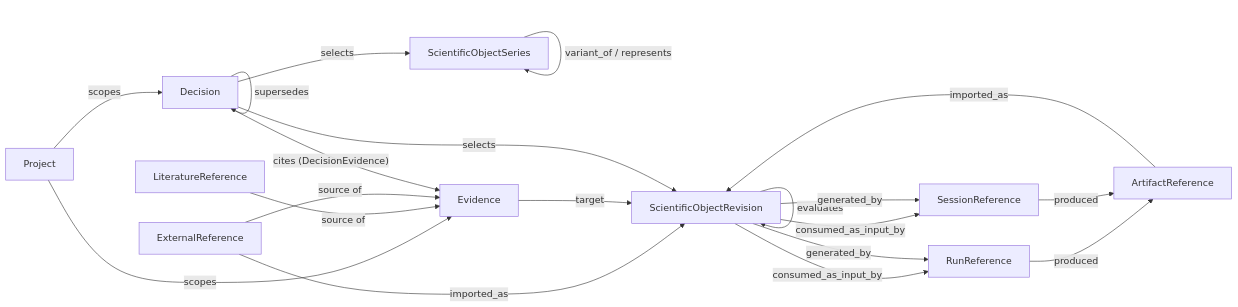
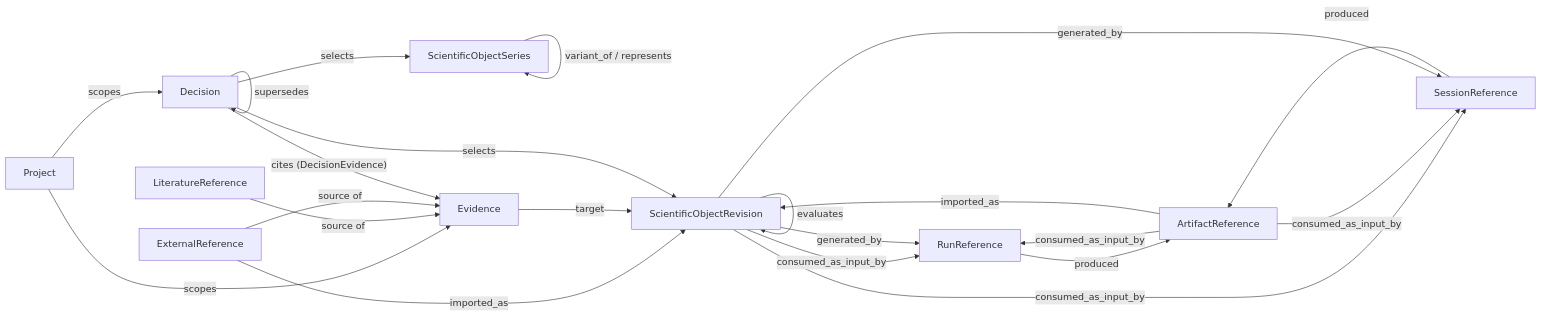
Before and after one commit to YaoYinYing/REvoLab: the third of 6 diagrams in docs/architecture/SYSTEM_ARCHITECTURE.md, drawn with Mermaid. The commit also changed other lines of this file and 10 other files, not shown here.

````diff
--- a/docs/architecture/SYSTEM_ARCHITECTURE.md
+++ b/docs/architecture/SYSTEM_ARCHITECTURE.md
@@ -183,34 +183,36 @@
 ```mermaid
 flowchart LR
     Proj["Project"]
     Ser["ScientificObjectSeries"]
     Rev["ScientificObjectRevision"]
     RunR["RunReference"]
     SesR["SessionReference"]
     ArtR["ArtifactReference"]
     LitR["LiteratureReference"]
     ExtR["ExternalReference"]
     Ev["Evidence"]
     Dec["Decision"]
 
     Proj -- scopes --> Dec
     Proj -- scopes --> Ev
     Ser -- variant_of / represents --> Ser
     Rev -- derived_from --> Rev
     Rev -- evaluates --> Rev
     Rev -- consumed_as_input_by --> RunR
     Rev -- consumed_as_input_by --> SesR
+    ArtR -- consumed_as_input_by --> RunR
+    ArtR -- consumed_as_input_by --> SesR
     RunR -- produced --> ArtR
     SesR -- produced --> ArtR
     ArtR -- imported_as --> Rev
     ExtR -- imported_as --> Rev
     Rev -- generated_by --> RunR
     Rev -- generated_by --> SesR
     LitR -- source of --> Ev
     ExtR -- source of --> Ev
     Ev -- target --> Rev
     Dec -- selects --> Ser
     Dec -- selects --> Rev
     Dec -- cites (DecisionEvidence) --> Ev
     Dec -- supersedes --> Dec
 ```
````
